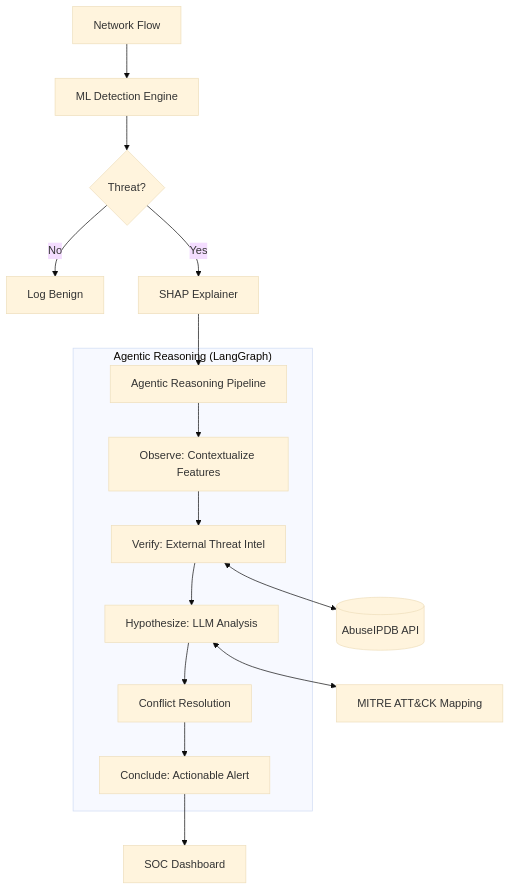
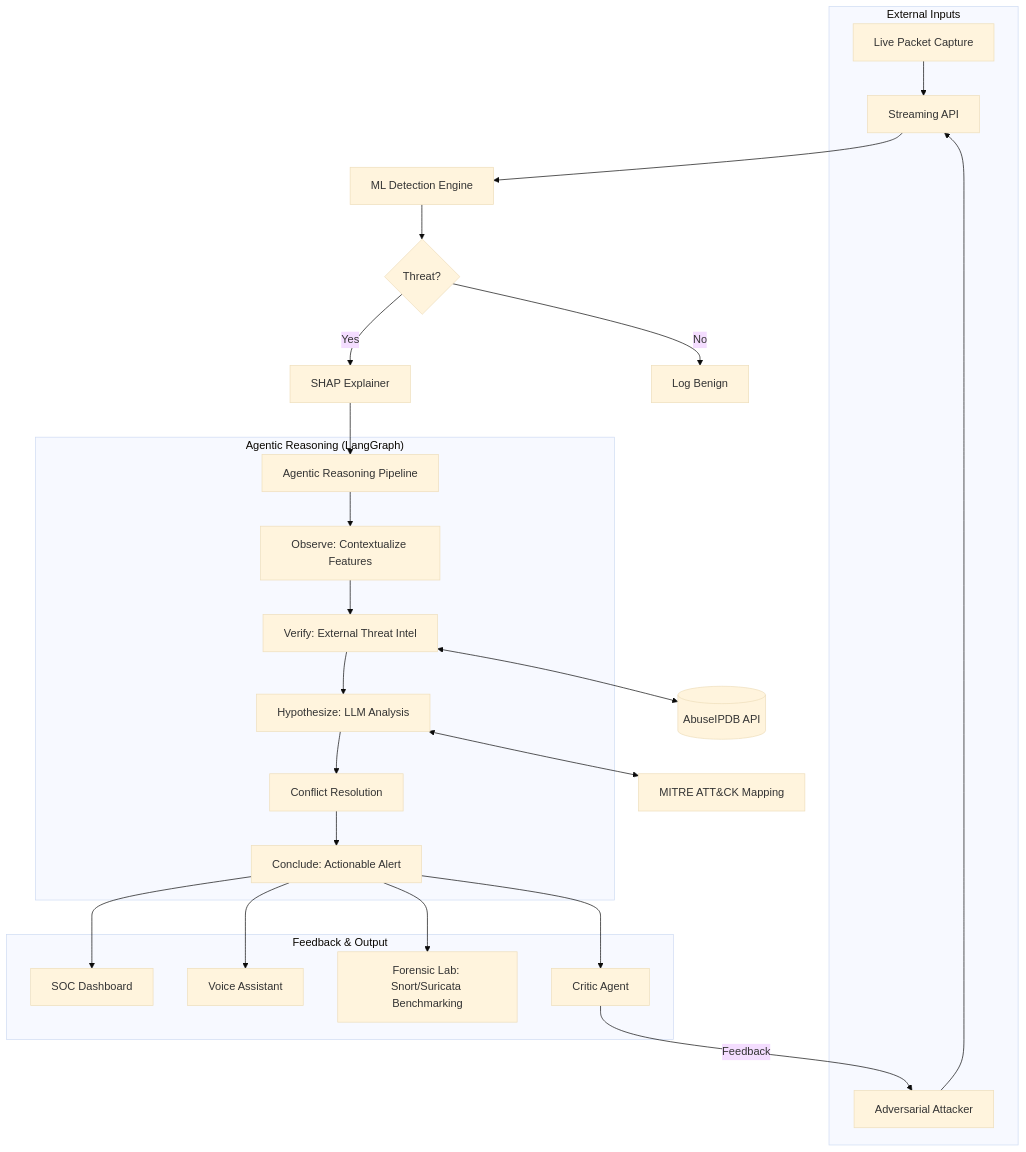
The diagram in README.md (omerfarooq223/shap-agentic-ids), drawn with Mermaid (base theme) before and after one commit. The commit also changed other lines of this file and 22 other files, not shown here.

````diff
--- a/README.md
+++ b/README.md
@@ -27,20 +27,32 @@
 ```mermaid
 flowchart TD
-    A[Network Flow] --> B[ML Detection Engine]
+    subgraph "External Inputs"
+        Capture[Live Packet Capture] --> Pipe[Streaming API]
+        RedTeam[Adversarial Attacker] --> Pipe
+    end
+
+    Pipe --> B[ML Detection Engine]
     B --> C{Threat?}
     C -- No --> D[Log Benign]
     C -- Yes --> E[SHAP Explainer]
     E --> F[Agentic Reasoning Pipeline]
     
     subgraph "Agentic Reasoning (LangGraph)"
         F --> G[Observe: Contextualize Features]
         G --> H[Verify: External Threat Intel]
         H --> I[Hypothesize: LLM Analysis]
         I --> J[Conflict Resolution]
         J --> K[Conclude: Actionable Alert]
     end
     
-    K --> L[SOC Dashboard]
+    subgraph "Feedback & Output"
+        K --> L[SOC Dashboard]
+        K --> O[Voice Assistant]
+        K --> P[Forensic Lab: Snort/Suricata Benchmarking]
+        K --> Q[Critic Agent]
+        Q -->|Feedback| RedTeam
+    end
+    
     H <--> M[(AbuseIPDB API)]
     I <--> N[MITRE ATT&CK Mapping]
 ```
````
